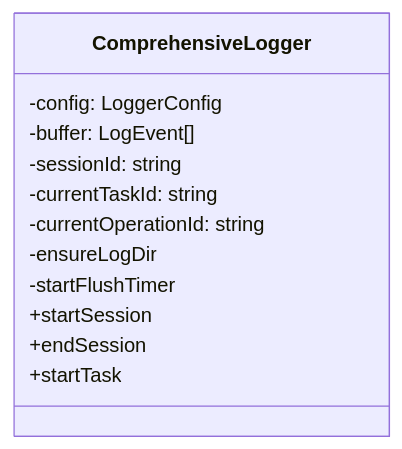
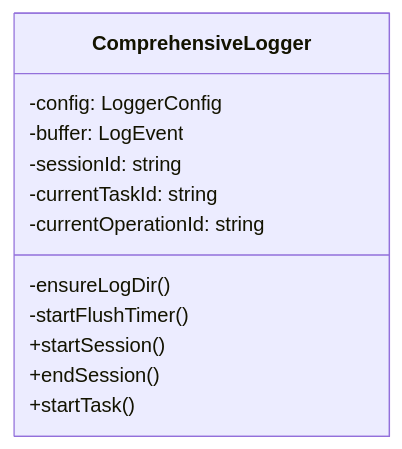
One commit to Mekann2904/mekann changed the first of 4 diagrams in ABDD/.pi/lib/comprehensive-logger.md. Above: the diagram before and after it, drawn with Mermaid. The commit also changed other lines of this file and 174 other files, not shown here.

First line of the commit message:
fix(docs): ABDDのMermaid図生成エラーを修正する

````diff
--- a/ABDD/.pi/lib/comprehensive-logger.md
+++ b/ABDD/.pi/lib/comprehensive-logger.md
@@ -39,15 +39,15 @@
 ```mermaid
 classDiagram
   class ComprehensiveLogger {
     -config: LoggerConfig
-    -buffer: LogEvent[]
+    -buffer: LogEvent
     -sessionId: string
     -currentTaskId: string
     -currentOperationId: string
-    -ensureLogDir
-    -startFlushTimer
-    +startSession
-    +endSession
-    +startTask
+    -ensureLogDir()
+    -startFlushTimer()
+    +startSession()
+    +endSession()
+    +startTask()
   }
 ```
````
